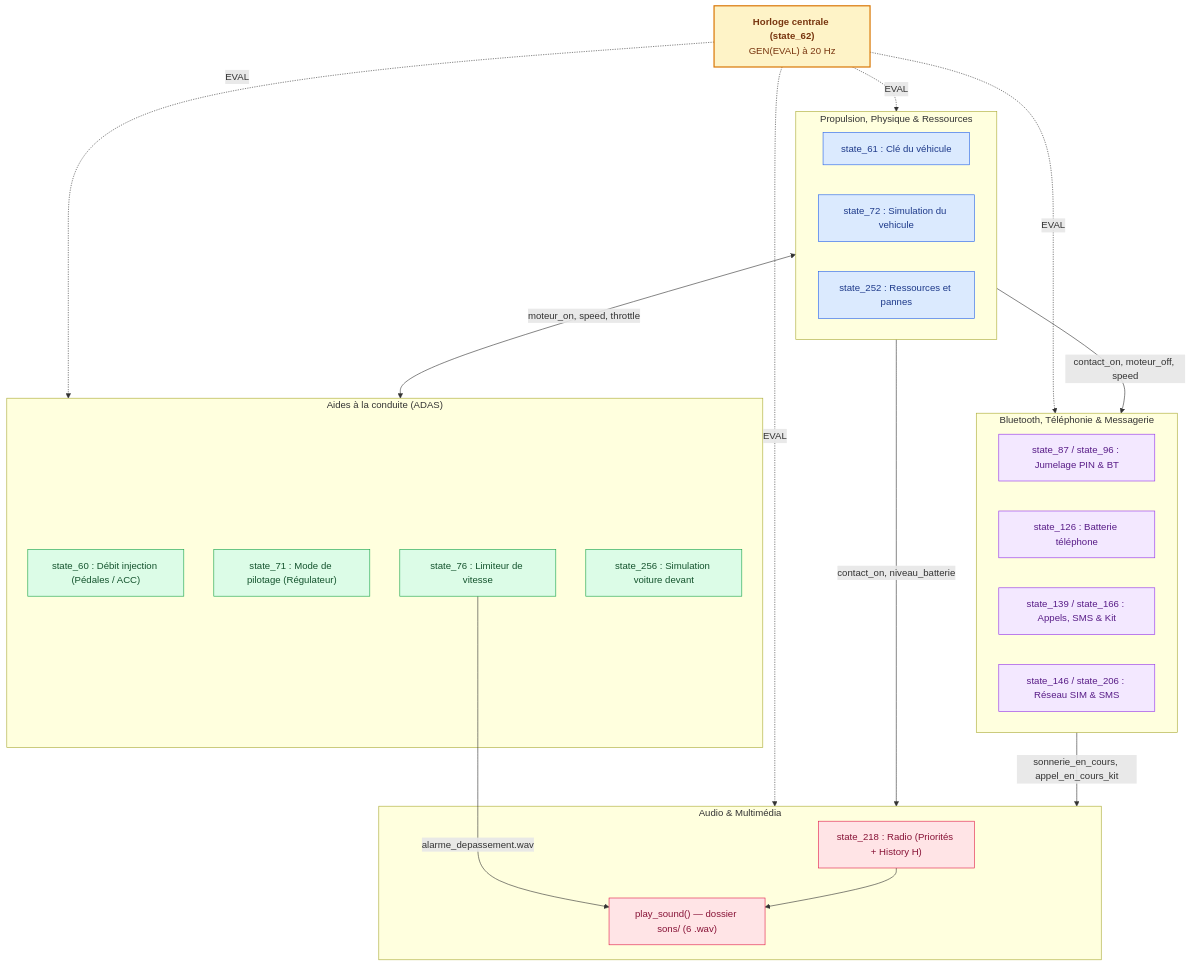
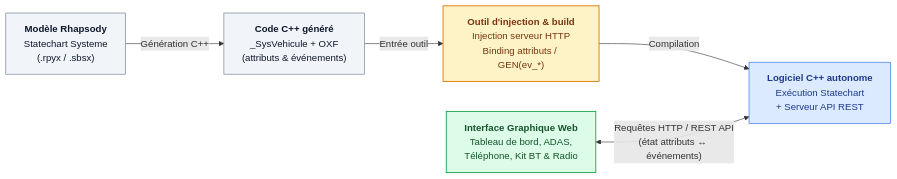
One commit to benoitdekeyn/E4SE_TD_TP changed the tenth of 10 diagrams in systemes_evenements_discrets/Rapport/Rapport.md. Above: the diagram before and after it, drawn with Mermaid. The commit also changed other lines of this file and 2 other files, not shown here.

````diff
--- a/systemes_evenements_discrets/Rapport/Rapport.md
+++ b/systemes_evenements_discrets/Rapport/Rapport.md
@@ -733,52 +880,22 @@
 ```mermaid
-flowchart TB
-    CLK["`**Horloge centrale (state_62)**<br/>GEN(EVAL) à 20 Hz`"]
+flowchart LR
+    RPY["`**Modèle Rhapsody**<br/>Statechart Systeme<br/>(.rpyx / .sbsx)`"]
+    CPP["`**Code C++ généré**<br/>_SysVehicule + OXF<br/>(attributs & événements)`"]
+    TOOL["`**Outil d'injection & build**<br/>Injection serveur HTTP<br/>Binding attributs / GEN(ev_*)`"]
+    SRV["`**Logiciel C++ autonome**<br/>Exécution Statechart<br/>+ Serveur API REST`"]
+    WEB["`**Interface Graphique Web**<br/>Tableau de bord, ADAS,<br/>Téléphone, Kit BT & Radio`"]
 
-    subgraph D1["Propulsion, Physique & Ressources"]
-        R1["`state_61 : Clé du véhicule`"]
-        R2["`state_72 : Simulation du vehicule`"]
-        R3["`state_252 : Ressources et pannes`"]
-    end
+    RPY -->|"`Génération C++`"| CPP
+    CPP -->|"`Entrée outil`"| TOOL
+    TOOL -->|"`Compilation`"| SRV
+    WEB <-->|"`Requêtes HTTP / REST API<br/>(état attributs ↔ événements)`"| SRV
 
-    subgraph D2["Aides à la conduite (ADAS)"]
-        R4["`state_60 : Débit injection (Pédales / ACC)`"]
-        R5["`state_71 : Mode de pilotage (Régulateur)`"]
-        R6["`state_76 : Limiteur de vitesse`"]
-        R7["`state_256 : Simulation voiture devant`"]
-    end
-
-    subgraph D3["Bluetooth, Téléphonie & Messagerie"]
-        R8["`state_87 / state_96 : Jumelage PIN & BT`"]
-        R9["`state_126 : Batterie téléphone`"]
-        R10["`state_139 / state_166 : Appels, SMS & Kit`"]
-        R11["`state_146 / state_206 : Réseau SIM & SMS`"]
-    end
-
-    subgraph D4["Audio & Multimédia"]
-        R12["`state_218 : Radio (Priorités + History H)`"]
-        R13["`play_sound() — dossier sons/ (6 .wav)`"]
-    end
-
-    CLK -.->|"`EVAL`"| D1
-    CLK -.->|"`EVAL`"| D2
-    CLK -.->|"`EVAL`"| D3
-    CLK -.->|"`EVAL`"| D4
-
-    D1 <-->|"`moteur_on, speed, throttle`"| D2
-    D1 -->|"`contact_on, moteur_off, speed`"| D3
-    D1 -->|"`contact_on, niveau_batterie`"| D4
-    D3 -->|"`sonnerie_en_cours, appel_en_cours_kit`"| D4
-    R6 -->|"`alarme_depassement.wav`"| R13
-    R12 --> R13
-
-    classDef clk fill:#fef3c7,stroke:#d97706,stroke-width:2px,color:#78350f
-    classDef d1 fill:#dbeafe,stroke:#2563eb,color:#1e3a8a
-    classDef d2 fill:#dcfce7,stroke:#16a34a,color:#14532d
-    classDef d3 fill:#f3e8ff,stroke:#9333ea,color:#581c87
-    classDef d4 fill:#ffe4e6,stroke:#e11d48,color:#881337
-    class CLK clk
-    class R1,R2,R3 d1
-    class R4,R5,R6,R7 d2
-    class R8,R9,R10,R11 d3
-    class R12,R13 d4
+    classDef rpy fill:#f1f5f9,stroke:#64748b,color:#0f172a
+    classDef tool fill:#fef3c7,stroke:#d97706,stroke-width:1.5px,color:#78350f
+    classDef run fill:#dbeafe,stroke:#2563eb,color:#1e3a8a
+    classDef web fill:#dcfce7,stroke:#16a34a,stroke-width:1.5px,color:#14532d
+    class RPY,CPP rpy
+    class TOOL tool
+    class SRV run
+    class WEB web
 ```
````
